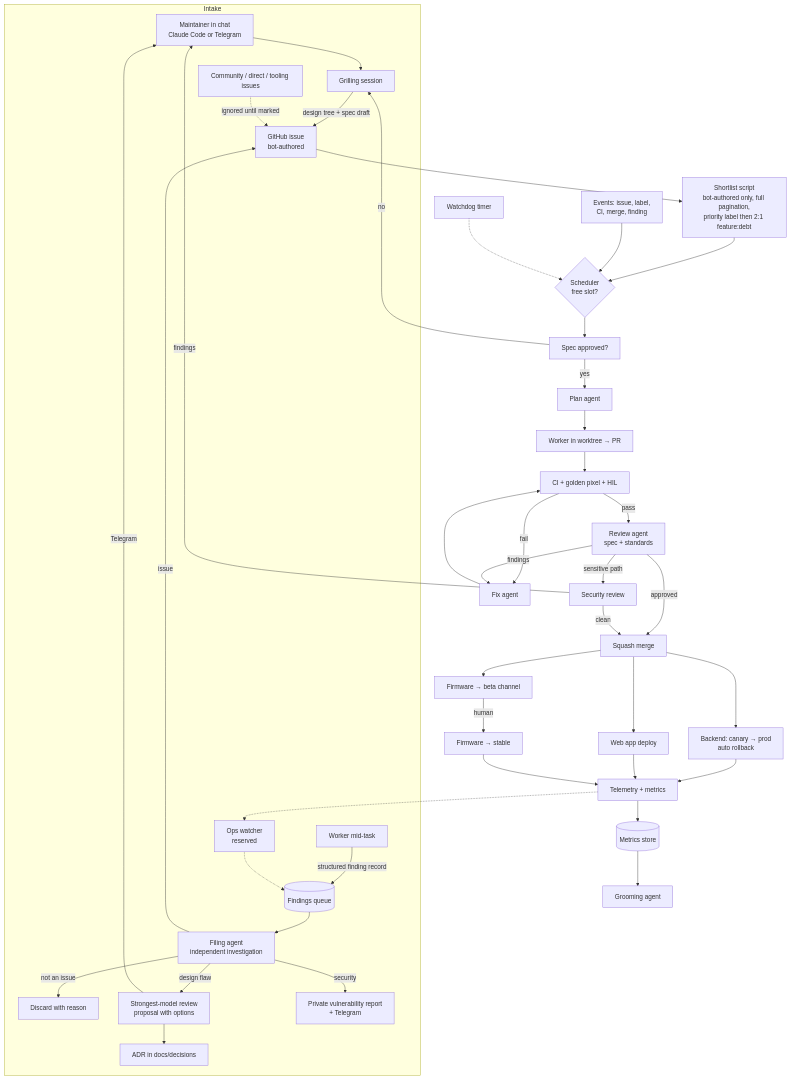
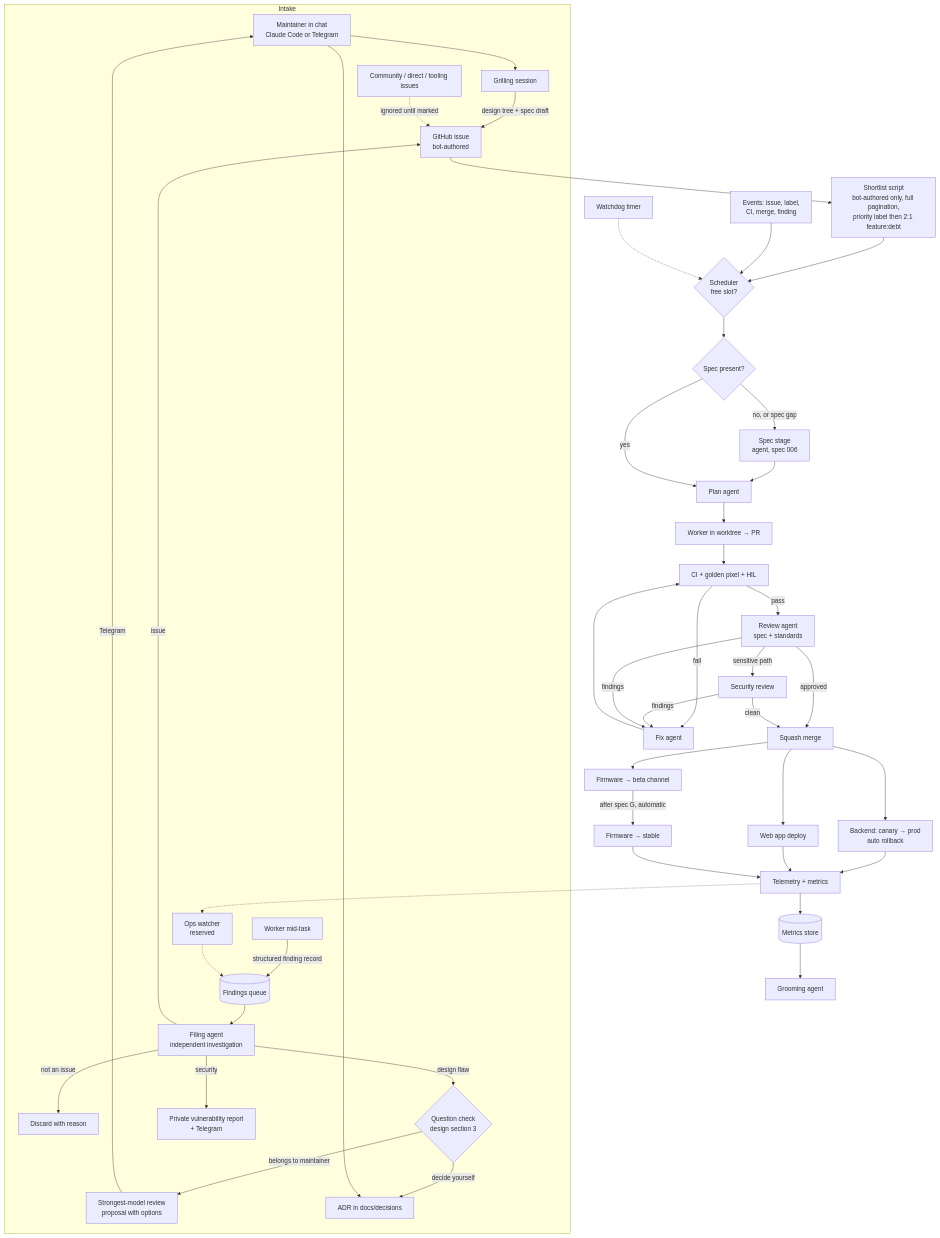
Before and after one commit to adam26davidson/panelator: the diagram in docs/process-spec.md, drawn with Mermaid. The commit also changed other lines of this file and 2 other files, not shown here.

Commit message:
docs: redraw process-spec flow without human gates; review fixes

````diff
--- a/docs/process-spec.md
+++ b/docs/process-spec.md
@@ -243,48 +243,51 @@
 ```mermaid
 flowchart TD
     subgraph Intake
         M[Maintainer in chat<br/>Claude Code or Telegram] --> G[Grilling session]
         G -->|design tree + spec draft| I[GitHub issue<br/>bot-authored]
         W[Worker mid-task] -->|structured finding record| FQ[(Findings queue)]
         OPS[Ops watcher<br/>reserved] -.-> FQ
         FQ --> FA[Filing agent<br/>independent investigation]
         FA -->|not an issue| X[Discard with reason]
         FA -->|issue| I
-        FA -->|design flaw| ESC[Strongest-model review<br/>proposal with options]
+        FA -->|design flaw| QC{Question check<br/>design section 3}
         FA -->|security| SEC[Private vulnerability report<br/>+ Telegram]
+        QC -->|belongs to maintainer| ESC[Strongest-model review<br/>proposal with options]
         ESC -->|Telegram| M
-        ESC --> ADR[ADR in docs/decisions]
+        QC -->|decide yourself| ADR[ADR in docs/decisions]
+        M --> ADR
         C[Community / direct / tooling issues] -.->|ignored until marked| I
     end
 
     I --> SL[Shortlist script<br/>bot-authored only, full pagination,<br/>priority label then 2:1 feature:debt]
     SL --> SCH{Scheduler<br/>free slot?}
     EV[Events: issue, label,<br/>CI, merge, finding] --> SCH
     WD[Watchdog timer] -.-> SCH
 
-    SCH --> SP[Spec approved?]
-    SP -->|no| G
-    SP -->|yes| PL[Plan agent]
+    SCH --> SP{Spec present?}
+    SP -->|no, or spec gap| SPS[Spec stage<br/>agent, spec 006]
+    SPS --> PL[Plan agent]
+    SP -->|yes| PL
     PL --> IMP[Worker in worktree → PR]
     IMP --> CI[CI + golden pixel + HIL]
     CI -->|fail| FIX[Fix agent]
     FIX --> CI
     CI -->|pass| REV[Review agent<br/>spec + standards]
     REV -->|sensitive path| SR[Security review]
-    SR -->|findings| M
+    SR -->|findings| FIX
     REV -->|findings| FIX
     REV -->|approved| MRG[Squash merge]
     SR -->|clean| MRG
 
     MRG --> DB[Backend: canary → prod<br/>auto rollback]
     MRG --> DW[Web app deploy]
     MRG --> FB[Firmware → beta channel]
-    FB -->|human| FS[Firmware → stable]
+    FB -->|after spec G, automatic| FS[Firmware → stable]
 
     DB --> OBS[Telemetry + metrics]
     DW --> OBS
     FS --> OBS
     OBS --> MET[(Metrics store)]
     MET --> GR[Grooming agent]
     OBS -.-> OPS
 ```
````
